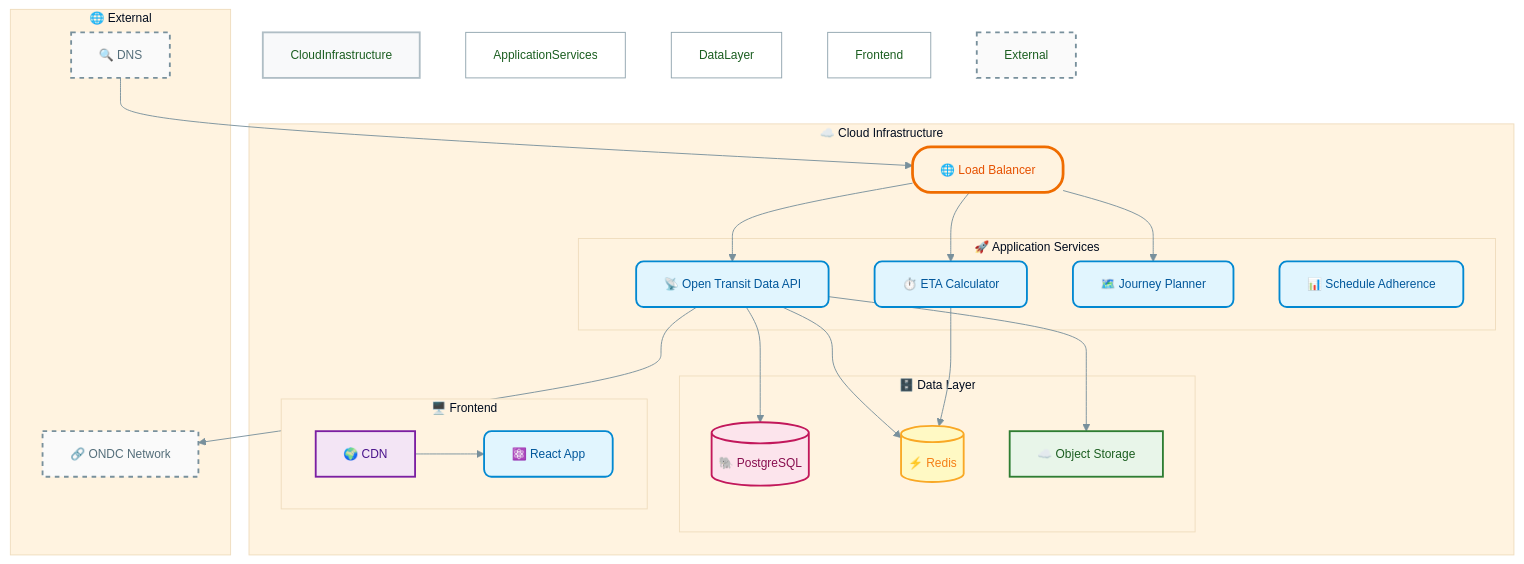
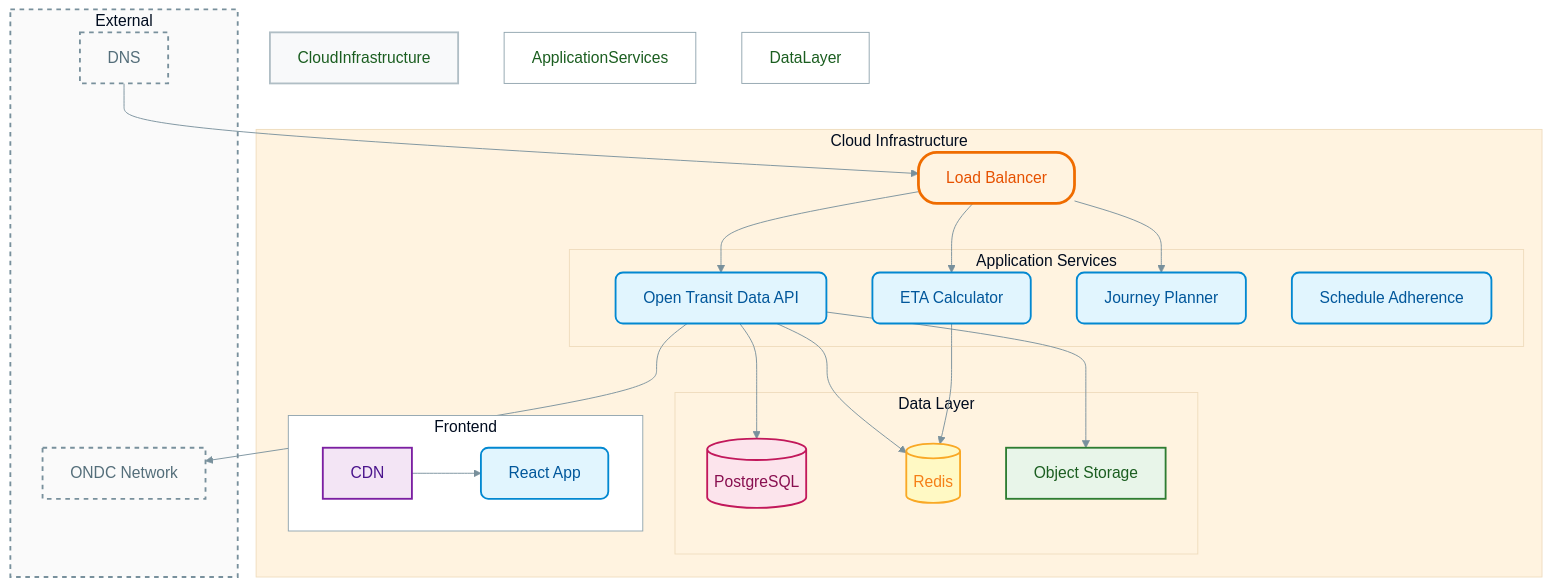
Before and after one commit to transport-stack/wiki-transport-stack: the fourth of 4 diagrams in docs/architecture/overview.md, drawn with Mermaid. The commit also changed other lines of this file, not shown here.

Commit message:
docs: remove emojis and increase font size in Mermaid diagrams

````diff
--- a/docs/architecture/overview.md
+++ b/docs/architecture/overview.md
@@ -218,54 +218,54 @@
 ```mermaid
-%%{init: {'theme': 'base', 'themeVariables': { 'primaryColor': '#e8f5e9', 'primaryTextColor': '#1b5e20', 'primaryBorderColor': '#2e7d32', 'lineColor': '#78909c', 'secondaryColor': '#e1f5fe', 'tertiaryColor': '#fff3e0', 'fontFamily': 'Inter, sans-serif', 'fontSize': '13px' }}}%%
+%%{init: {'theme': 'base', 'themeVariables': { 'primaryColor': '#e8f5e9', 'primaryTextColor': '#1b5e20', 'primaryBorderColor': '#2e7d32', 'lineColor': '#78909c', 'secondaryColor': '#e1f5fe', 'tertiaryColor': '#fff3e0', 'fontFamily': 'Inter, sans-serif', 'fontSize': '17px' }}}%%
 graph TB
     classDef lb fill:#fff3e0,stroke:#ef6c00,stroke-width:3px,color:#e65100,rx:20px,ry:20px
     classDef app fill:#e1f5fe,stroke:#0288d1,stroke-width:2px,color:#01579b,rx:8px,ry:8px
     classDef db fill:#fce4ec,stroke:#c2185b,stroke-width:2px,color:#880e4f,shape:cylinder
     classDef cache fill:#fff9c4,stroke:#f9a825,stroke-width:2px,color:#f57f17,shape:cylinder
     classDef storage fill:#e8f5e9,stroke:#2e7d32,stroke-width:2px,color:#1b5e20,shape:cloud
     classDef cdn fill:#f3e5f5,stroke:#7b1fa2,stroke-width:2px,color:#4a148c
     classDef external fill:#fafafa,stroke:#78909c,stroke-width:2px,color:#546e7a,stroke-dasharray: 5 5
 
-    subgraph "☁️ Cloud Infrastructure"
+    subgraph "Cloud Infrastructure"
         style CloudInfrastructure fill:#f8f9fa,stroke:#b0bec5,stroke-width:2px
-        LB["🌐 Load Balancer"]:::lb
+        LB["Load Balancer"]:::lb
 
-        subgraph "🚀 Application Services"
+        subgraph "Application Services"
             style ApplicationServices fill:#ffffff,stroke:#90a4ae,stroke-width:1px
-            OTD["📡 Open Transit Data API"]:::app
-            ETA["⏱️ ETA Calculator"]:::app
-            JP["🗺️ Journey Planner"]:::app
-            SA["📊 Schedule Adherence"]:::app
+            OTD["Open Transit Data API"]:::app
+            ETA["ETA Calculator"]:::app
+            JP["Journey Planner"]:::app
+            SA["Schedule Adherence"]:::app
         end
 
-        subgraph "🗄️ Data Layer"
+        subgraph "Data Layer"
             style DataLayer fill:#ffffff,stroke:#90a4ae,stroke-width:1px
-            DB[(🐘 PostgreSQL)]:::db
-            CACHE[(⚡ Redis)]:::cache
-            S3[☁️ Object Storage]:::storage
+            DB[(PostgreSQL)]:::db
+            CACHE[(Redis)]:::cache
+            S3[Object Storage]:::storage
         end
 
-        subgraph "🖥️ Frontend"
+        subgraph "Frontend"
             style Frontend fill:#ffffff,stroke:#90a4ae,stroke-width:1px
-            CDN["🌍 CDN"]:::cdn
-            UI["⚛️ React App"]:::app
+            CDN["CDN"]:::cdn
+            UI["React App"]:::app
         end
     end
 
-    subgraph "🌐 External"
+    subgraph "External"
         style External fill:#fafafa,stroke:#78909c,stroke-width:2px,stroke-dasharray: 5 5
-        DNS["🔍 DNS"]:::external
-        ONDC["🔗 ONDC Network"]:::external
+        DNS["DNS"]:::external
+        ONDC["ONDC Network"]:::external
     end
 
     DNS --> LB
     LB --> OTD
     LB --> ETA
     LB --> JP
     OTD --> DB
     OTD --> CACHE
     OTD --> S3
     ETA --> CACHE
     CDN --> UI
     OTD --> ONDC
 ```
````
